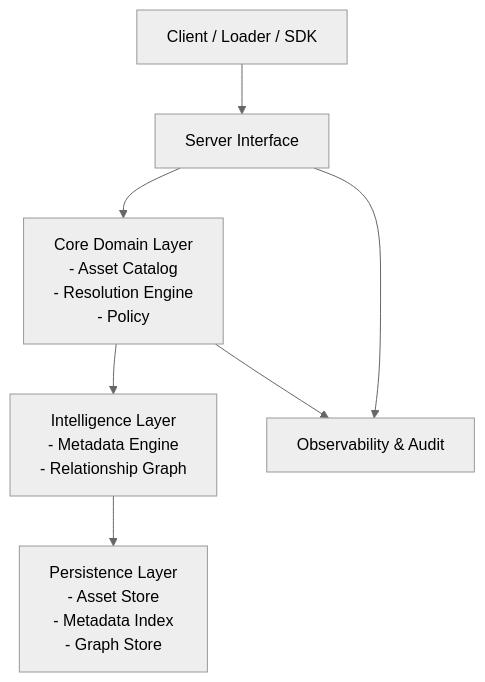
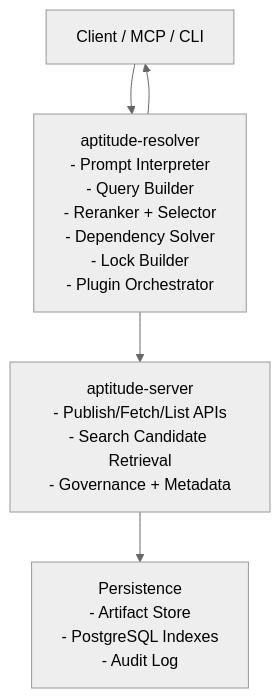
One commit to y0ncha/aptitude-server changed the diagram in docs/overview.md. Above: the diagram before and after it, drawn with Mermaid (neutral theme). The commit also changed other lines of this file and 57 other files, not shown here.

````diff
--- a/docs/overview.md
+++ b/docs/overview.md
@@ -47,31 +61,13 @@
 ```mermaid
 flowchart TB
 
-Client["Client / Loader / SDK"]
+Client["Client / MCP / CLI"]
+Resolver["aptitude-resolver\n- Prompt Interpreter\n- Query Builder\n- Reranker + Selector\n- Dependency Solver\n- Lock Builder\n- Plugin Orchestrator"]
+Registry["aptitude-server\n- Publish/Fetch/List APIs\n- Search Candidate Retrieval\n- Governance + Metadata"]
+Storage["Persistence\n- Artifact Store\n- PostgreSQL Indexes\n- Audit Log"]
 
-Interface["Server Interface"]
-
-Core["Core Domain Layer
-- Asset Catalog
-- Resolution Engine
-- Policy"]
-
-Intelligence["Intelligence Layer
-- Metadata Engine
-- Relationship Graph"]
-
-Storage["Persistence Layer
-- Asset Store
-- Metadata Index
-- Graph Store"]
-
-Audit["Observability & Audit"]
-
-Client --> Interface
-Interface --> Core
-Core --> Intelligence
-Intelligence --> Storage
-
-Core --> Audit
-Interface --> Audit
+Client --> Resolver
+Resolver --> Registry
+Registry --> Storage
+Resolver --> Client
 ```
````
